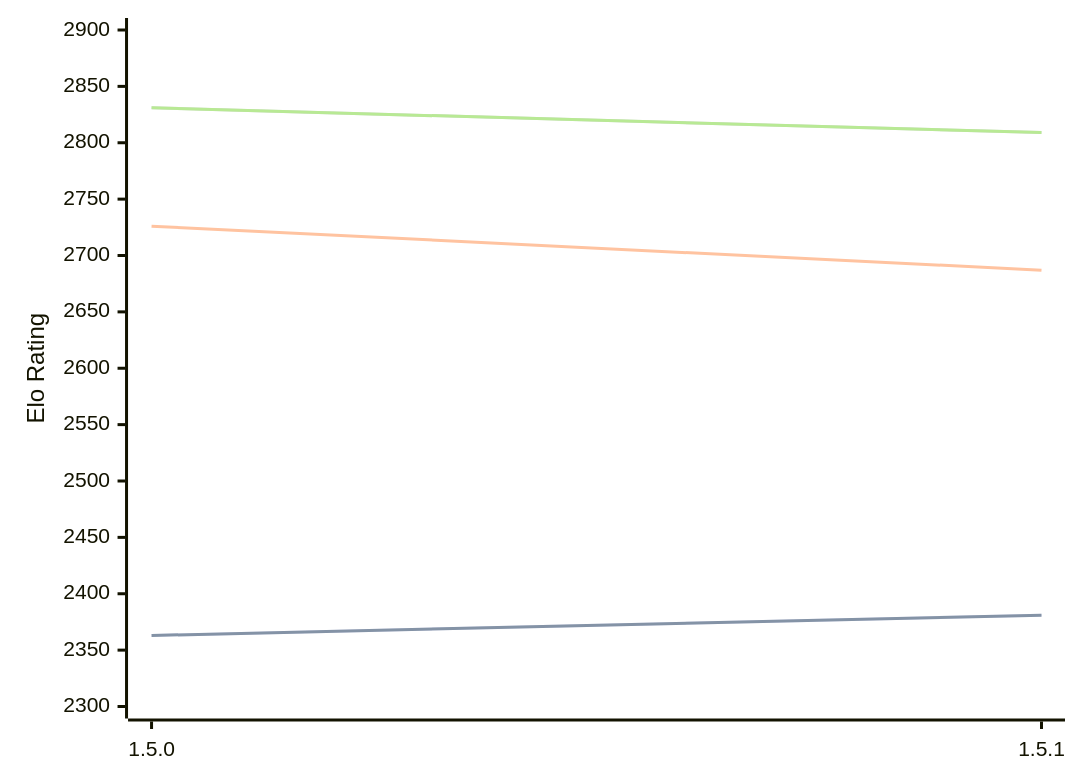
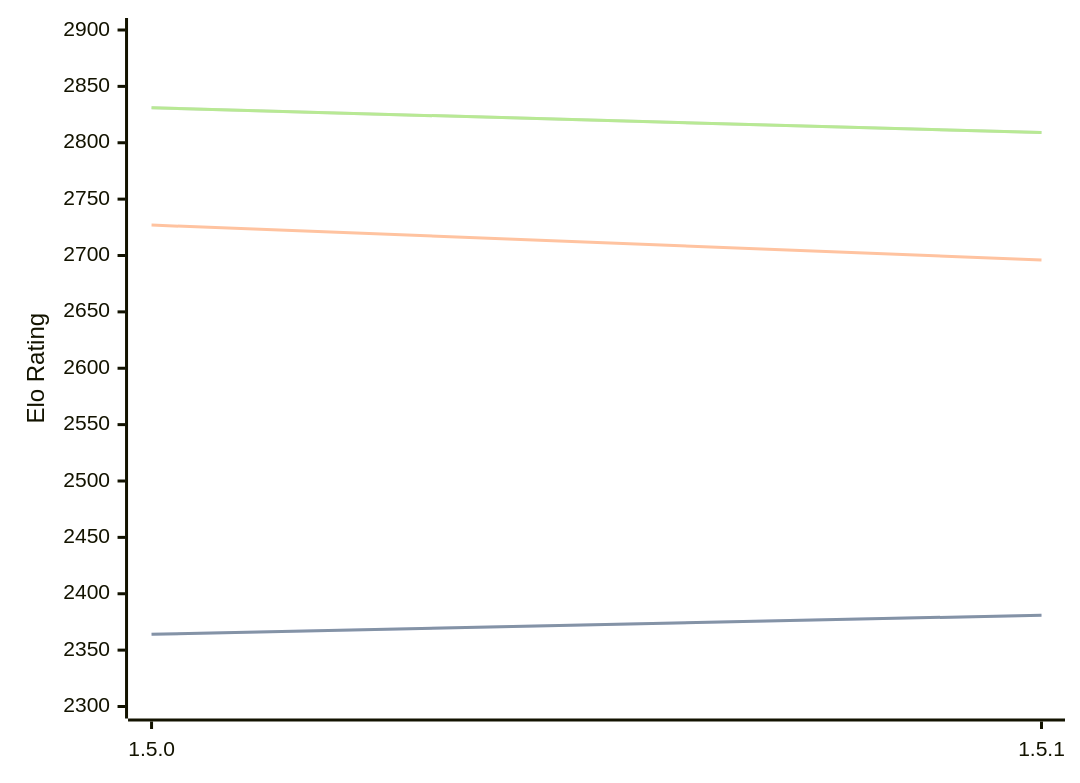
The diagram in engines/Coco.md (computer-chess-index/cci), drawn with Mermaid before and after one commit. The commit also changed other lines of this file, not shown here.

````diff
--- a/engines/Coco.md
+++ b/engines/Coco.md
@@ -38,11 +38,11 @@
 ```mermaid
 %%{init: {"theme":"base","themeVariables":{"seriesColors:['#a3a3a3','#222221','#faa371']}}}%%
 xychart-beta
   x-axis ["1.5.0", "1.5.1"]
   y-axis "Elo Rating" 2300 --> 2900
-  line "" [2363, 2381]
-  line "STC (8.0+0.08s)" [2363, 2381]
-  line "LTC (60.0+0.60s)" [2726, 2687]
+  line "" [2364, 2381]
+  line "STC (8.0+0.08s)" [2364, 2381]
+  line "LTC (60.0+0.60s)" [2727, 2696]
   line "" [2831, 2809]
   line "VLTC (2m24s+1.12s)" [2831, 2809]
 ```
````
